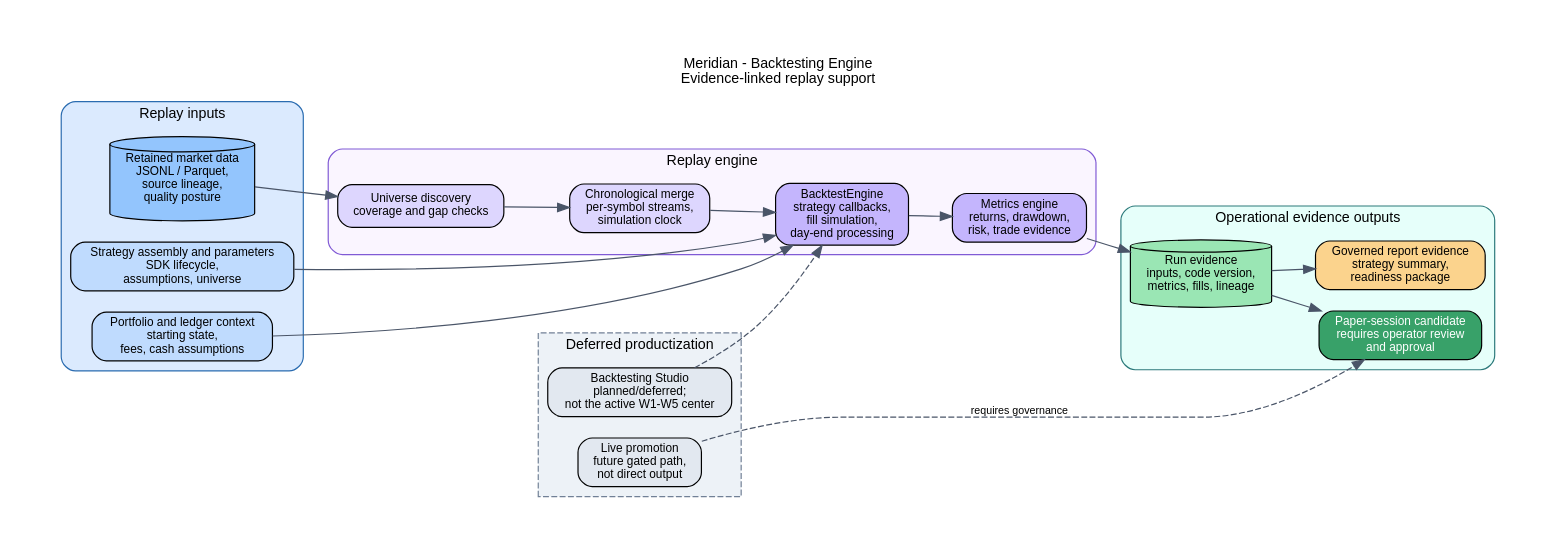
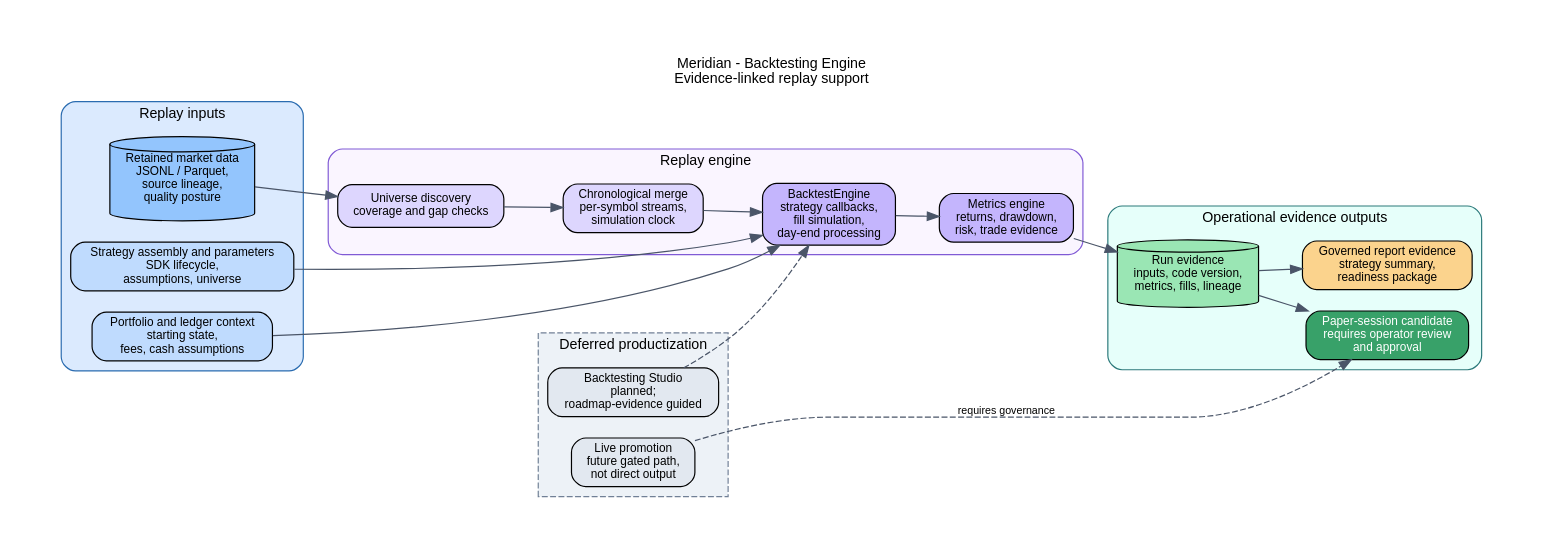
The diagram in docs/diagrams/analytics/backtesting-engine.dot (rodoHasArrived/Meridian-main), drawn with Graphviz before and after one commit. The commit also changed 131 other files, not shown here.

```diff
--- a/docs/diagrams/analytics/backtesting-engine.dot
+++ b/docs/diagrams/analytics/backtesting-engine.dot
@@ -1,84 +1,84 @@
 // Backtesting Engine Diagram
 // Meridian current project stance
 // Last Updated: 2026-06-10
 //
-// Backtesting is a supporting evidence workflow. Backtesting Studio is a
-// deferred expansion lane behind the operational-record baseline.
+// Backtesting is a supporting evidence workflow. Backtesting Studio is planned
+// and should follow current source and roadmap evidence.
 
 digraph BacktestingEngine {
   rankdir=LR;
   graph [fontname="Helvetica", fontsize=12, bgcolor="white", compound=true, pad=0.5];
   node  [fontname="Helvetica", fontsize=10, shape=box, style="rounded,filled"];
   edge  [fontname="Helvetica", fontsize=9, color="#4a5568"];
 
   labelloc="t";
   label="Meridian - Backtesting Engine\nEvidence-linked replay support";
 
   subgraph cluster_inputs {
     label="Replay inputs";
     color="#2b6cb0";
     style="rounded";
     bgcolor="#dbeafe";
 
     DATA [shape=cylinder, fillcolor="#93c5fd",
       label="Retained market data\nJSONL / Parquet,\nsource lineage,\nquality posture"];
     STRATEGY [fillcolor="#bfdbfe",
       label="Strategy assembly and parameters\nSDK lifecycle,\nassumptions, universe"];
     LEDGER_CONTEXT [fillcolor="#bfdbfe",
       label="Portfolio and ledger context\nstarting state,\nfees, cash assumptions"];
   }
 
   subgraph cluster_engine {
     label="Replay engine";
     color="#805ad5";
     style="rounded";
     bgcolor="#faf5ff";
 
     UNIVERSE [fillcolor="#ddd6fe",
       label="Universe discovery\ncoverage and gap checks"];
     MERGE [fillcolor="#ddd6fe",
       label="Chronological merge\nper-symbol streams,\nsimulation clock"];
     ENGINE [fillcolor="#c4b5fd",
       label="BacktestEngine\nstrategy callbacks,\nfill simulation,\nday-end processing"];
     METRICS [fillcolor="#c4b5fd",
       label="Metrics engine\nreturns, drawdown,\nrisk, trade evidence"];
   }
 
   subgraph cluster_outputs {
     label="Operational evidence outputs";
     color="#2c7a7b";
     style="rounded";
     bgcolor="#e6fffa";
 
     RUN_RECORD [shape=cylinder, fillcolor="#9ae6b4",
       label="Run evidence\ninputs, code version,\nmetrics, fills, lineage"];
     PAPER_CANDIDATE [fillcolor="#38a169", fontcolor="white",
       label="Paper-session candidate\nrequires operator review\nand approval"];
     REPORTS [fillcolor="#fbd38d",
       label="Governed report evidence\nstrategy summary,\nreadiness package"];
   }
 
   subgraph cluster_deferred {
     label="Deferred productization";
     color="#718096";
     style="dashed";
     bgcolor="#edf2f7";
 
     STUDIO [fillcolor="#e2e8f0",
-      label="Backtesting Studio\nplanned/deferred;\nnot the active W1-W5 center"];
+      label="Backtesting Studio\nplanned;\nroadmap-evidence guided"];
     LIVE [fillcolor="#e2e8f0",
       label="Live promotion\nfuture gated path,\nnot direct output"];
   }
 
   DATA -> UNIVERSE;
   STRATEGY -> ENGINE;
   LEDGER_CONTEXT -> ENGINE;
   UNIVERSE -> MERGE;
   MERGE -> ENGINE;
   ENGINE -> METRICS;
   METRICS -> RUN_RECORD;
   RUN_RECORD -> PAPER_CANDIDATE;
   RUN_RECORD -> REPORTS;
   STUDIO -> ENGINE [style=dashed];
   LIVE -> PAPER_CANDIDATE [style=dashed, label="requires governance"];
 }
```
